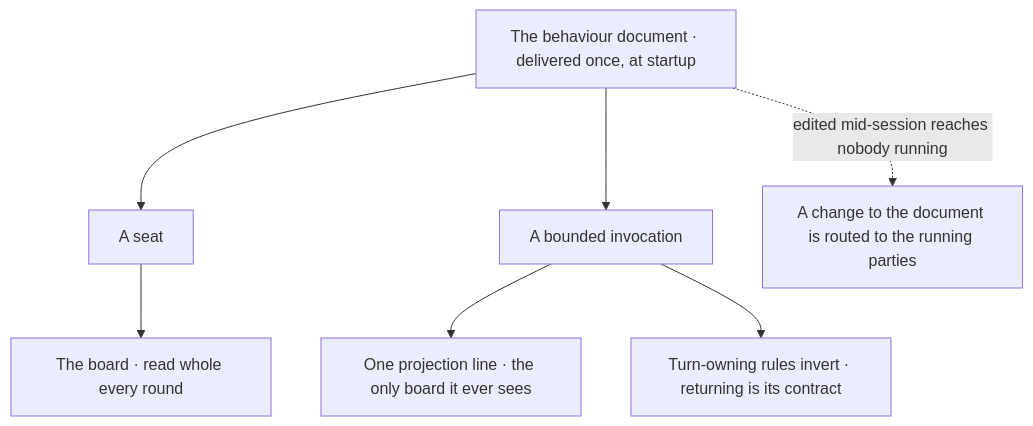
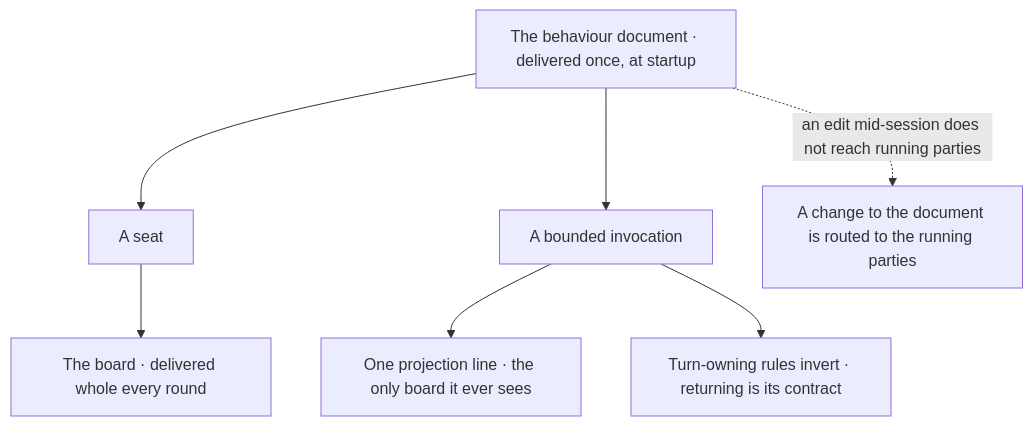
Diagram 13 of 15 in START.md (Varietyz/Disciplined-AI-Software-Development), drawn with Mermaid before and after one commit. The commit also changed other lines of this file and 25 other files, not shown here.

````diff
--- a/START.md
+++ b/START.md
@@ -589,14 +563,14 @@
 ```mermaid
 flowchart TB
 doc["The behaviour document · delivered once, at startup"]
 seat["A seat"]
 bounded["A bounded invocation"]
-board["The board · read whole every round"]
+board["The board · delivered whole every round"]
 line["One projection line · the only board it ever sees"]
 invert["Turn-owning rules invert · returning is its contract"]
 routed["A change to the document is routed to the running parties"]
 doc --> seat --> board
 doc --> bounded --> line
 bounded --> invert
-doc -. edited mid-session reaches nobody running .-> routed
+doc -. an edit mid-session does not reach running parties .-> routed
 ```
````
